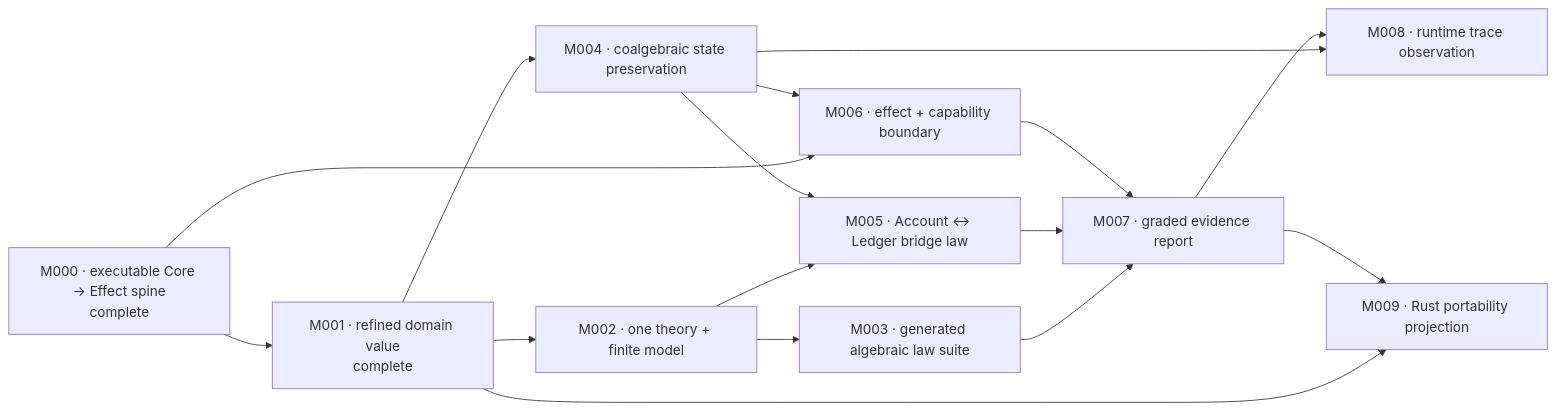
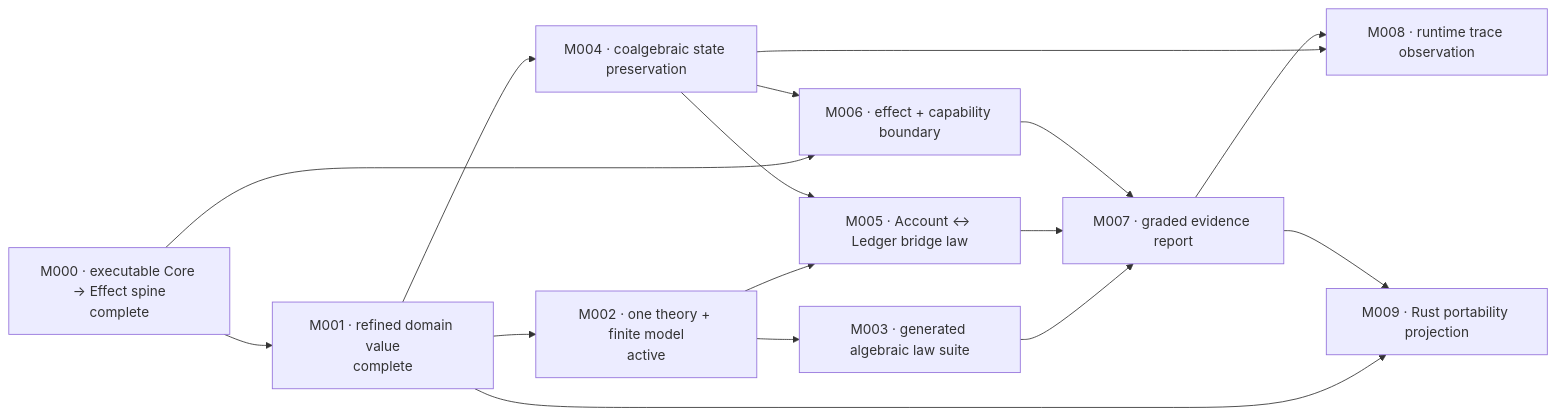
One commit to phibkro/bang-project changed the diagram in CAPABILITIES.md. Above: the diagram before and after it, drawn with Mermaid. The commit also changed other lines of this file and 14 other files, not shown here.

Commit message:
feat: evaluate one finite theory model

````diff
--- a/CAPABILITIES.md
+++ b/CAPABILITIES.md
@@ -5,27 +5,27 @@
 ```mermaid
 flowchart LR
     M000["M000 · executable Core → Effect spine<br/>complete"]
     M001["M001 · refined domain value<br/>complete"]
-    M002["M002 · one theory + finite model"]
+    M002["M002 · one theory + finite model<br/>active"]
     M003["M003 · generated algebraic law suite"]
     M004["M004 · coalgebraic state preservation"]
     M005["M005 · Account ↔ Ledger bridge law"]
     M006["M006 · effect + capability boundary"]
     M007["M007 · graded evidence report"]
     M008["M008 · runtime trace observation"]
     M009["M009 · Rust portability projection"]
 
     M000 --> M001 --> M002 --> M003
     M001 --> M004
     M002 --> M005
     M004 --> M005
     M000 --> M006
     M004 --> M006
     M003 --> M007
     M005 --> M007
     M006 --> M007
     M004 --> M008
     M007 --> M008
     M001 --> M009
     M007 --> M009
 ```
````
